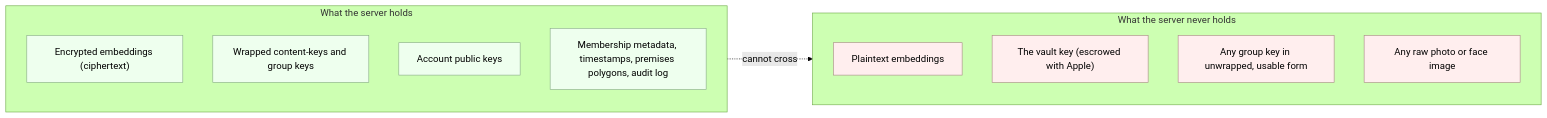
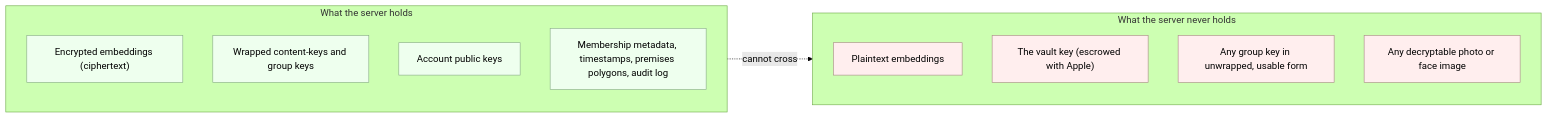
Before and after one commit to carlheinmostert/myclick-protocol: the second of 8 diagrams in PROTOCOL.md, drawn with Mermaid (forest theme). The commit also changed other lines of this file, not shown here.

Commit message:
spec(§1.1,§5.2): align threat-model + diagram with server-stored sidecars (#473)
The §1.1 malicious-member claim and the §5.2 "what the server never holds"
diagram still asserted no face image ever leaves the device. Corrected to the
true posture: sidecars are mirrored to the server only as ciphertext sealed
under the owner's content key, which no other member and not the server can
decrypt. The malicious-member guarantee is unchanged in substance.

````diff
--- a/PROTOCOL.md
+++ b/PROTOCOL.md
@@ -365,23 +365,23 @@
 ```mermaid
 flowchart LR
     subgraph sees["What the server holds"]
         direction TB
         ct["Encrypted embeddings (ciphertext)"]
         wraps["Wrapped content-keys and group keys"]
         pub["Account public keys"]
         meta["Membership metadata, timestamps, premises polygons, audit log"]
     end
     subgraph never["What the server never holds"]
         direction TB
         plain["Plaintext embeddings"]
         vk["The vault key (escrowed with Apple)"]
         ugk["Any group key in unwrapped, usable form"]
-        raw["Any raw photo or face image"]
+        raw["Any decryptable photo or face image"]
     end
     sees -.->|cannot cross| never
 
     classDef has fill:#efe,stroke:#8a8,color:#000;
     classDef hasnt fill:#fee,stroke:#a88,color:#000;
     class ct,wraps,pub,meta has;
     class plain,vk,ugk,raw hasnt;
 ```
````
